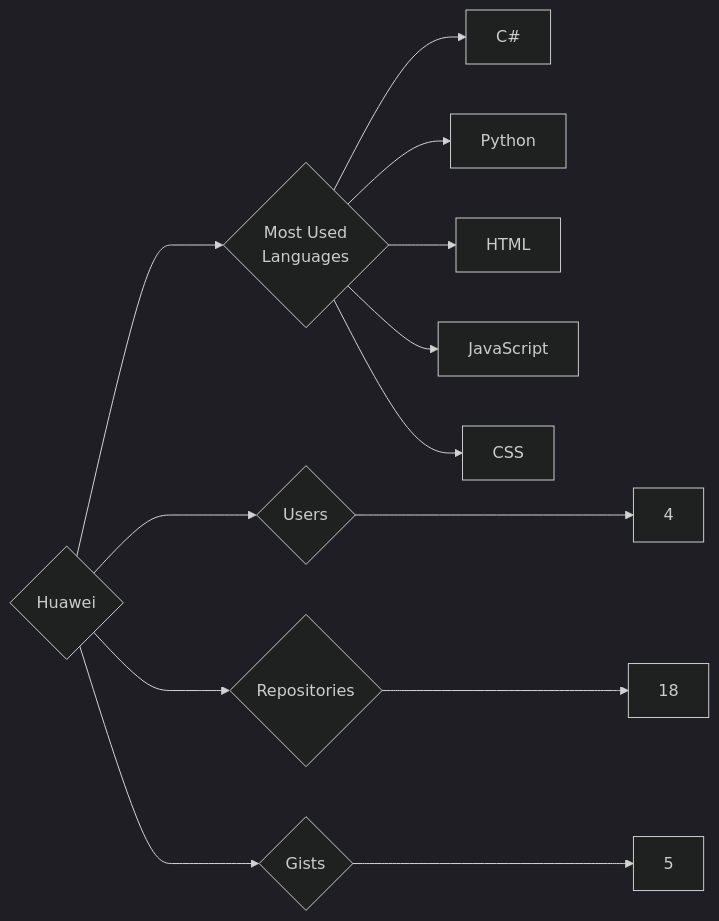
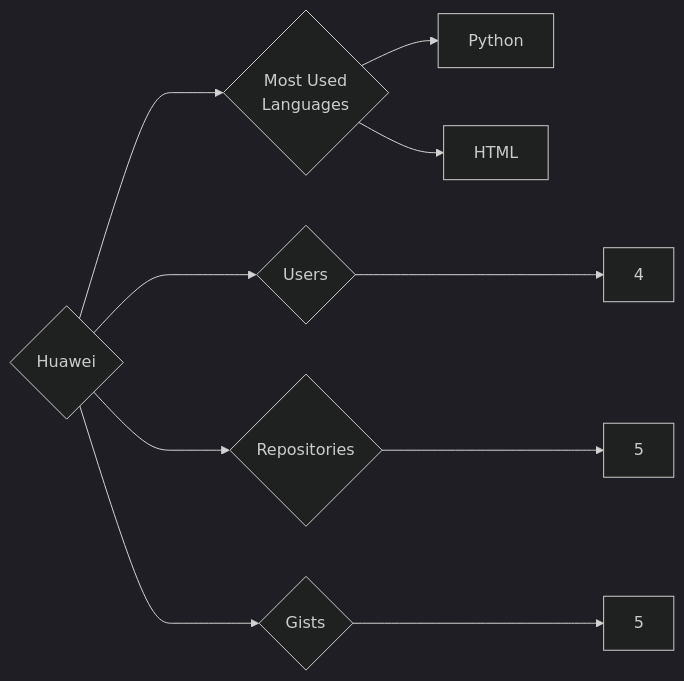
Before and after one commit to trickest/insiders: the diagram in targets/Huawei/README.md, drawn with Mermaid (dark theme). The commit also changed 1023 other files, not shown here.

````diff
--- a/targets/Huawei/README.md
+++ b/targets/Huawei/README.md
@@ -3,13 +3,10 @@
 ```mermaid
 graph LR
 COMPANY_NAME{Huawei}
 COMPANY_NAME ---> U{Users} ---> UN[4]
-COMPANY_NAME ---> R{Repositories} ---> RN[18]
+COMPANY_NAME ---> R{Repositories} ---> RN[5]
 COMPANY_NAME ---> G{Gists} ---> GN[5]
 COMPANY_NAME ---> ML{Most Used<br>Languages}
-ML --> C#[C#]
 ML --> Python[Python]
 ML --> HTML[HTML]
-ML --> JavaScript[JavaScript]
-ML --> CSS[CSS]
 ```
````
